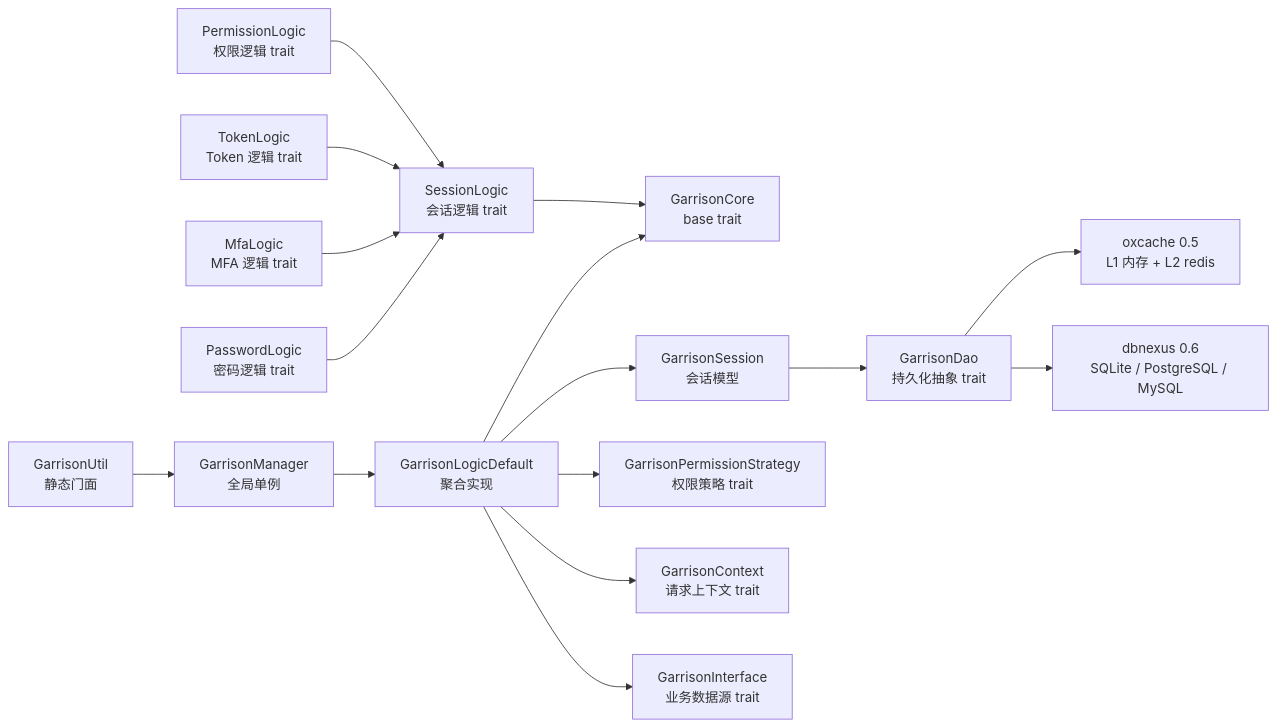
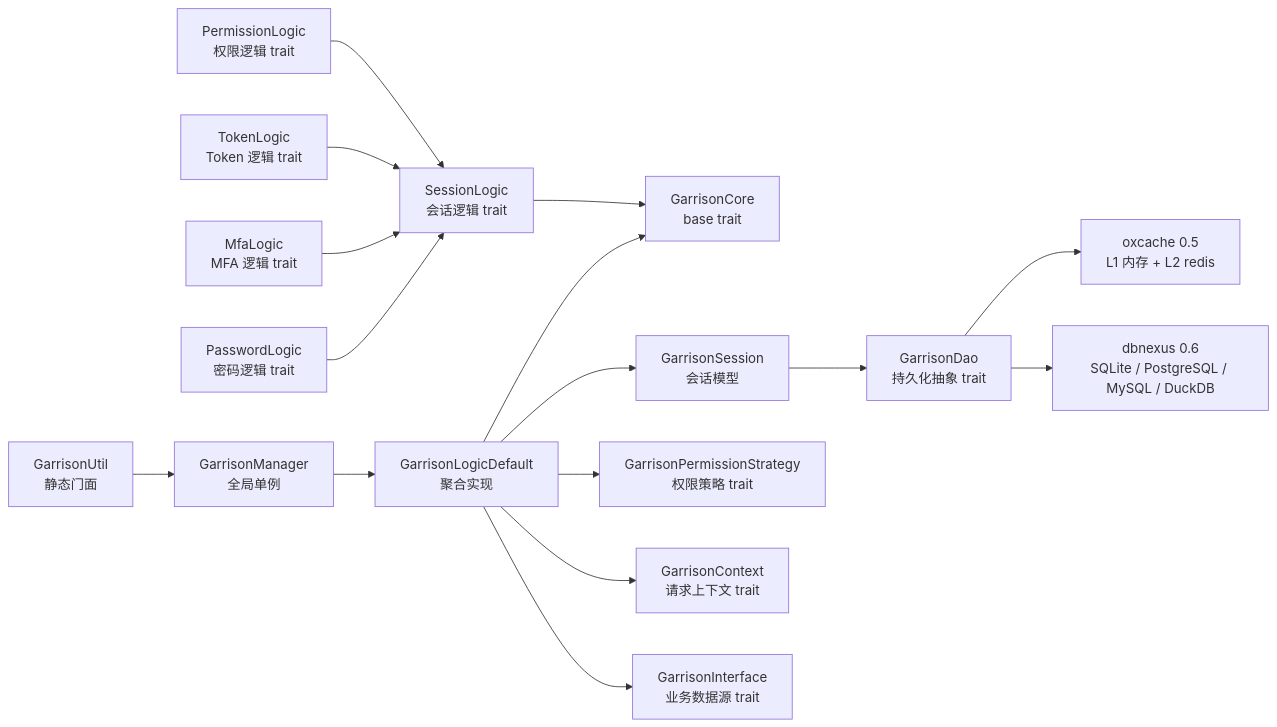
One commit to Kirky-X/garrison changed the second of 3 diagrams in docs/ARCHITECTURE.md. Above: the diagram before and after it, drawn with Mermaid. The commit also changed other lines of this file and 12 other files, not shown here.

````diff
--- a/docs/ARCHITECTURE.md
+++ b/docs/ARCHITECTURE.md
@@ -215,32 +215,32 @@
 ```mermaid
 graph LR
     BC[GarrisonCore<br/>base trait]
     SL[SessionLogic<br/>会话逻辑 trait]
     PL[PermissionLogic<br/>权限逻辑 trait]
     TL[TokenLogic<br/>Token 逻辑 trait]
     ML[MfaLogic<br/>MFA 逻辑 trait]
     PWL[PasswordLogic<br/>密码逻辑 trait]
     BI[GarrisonInterface<br/>业务数据源 trait]
     BD[GarrisonDao<br/>持久化抽象 trait]
     BS[GarrisonSession<br/>会话模型]
     BCtx[GarrisonContext<br/>请求上下文 trait]
     BFS[GarrisonPermissionStrategy<br/>权限策略 trait]
     BM[GarrisonManager<br/>全局单例]
     BU[GarrisonUtil<br/>静态门面]
 
     BU --> BM
     BM --> BLD[GarrisonLogicDefault<br/>聚合实现]
     BLD --> BC
     SL --> BC
     PL --> SL
     TL --> SL
     ML --> SL
     PWL --> SL
     BLD --> BS
     BLD --> BFS
     BLD --> BCtx
     BS --> BD
     BLD --> BI
     BD --> oxcache[oxcache 0.5<br/>L1 内存 + L2 redis]
-    BD --> dbnexus[dbnexus 0.6<br/>SQLite / PostgreSQL / MySQL]
+    BD --> dbnexus[dbnexus 0.6<br/>SQLite / PostgreSQL / MySQL / DuckDB]
 ```
````
